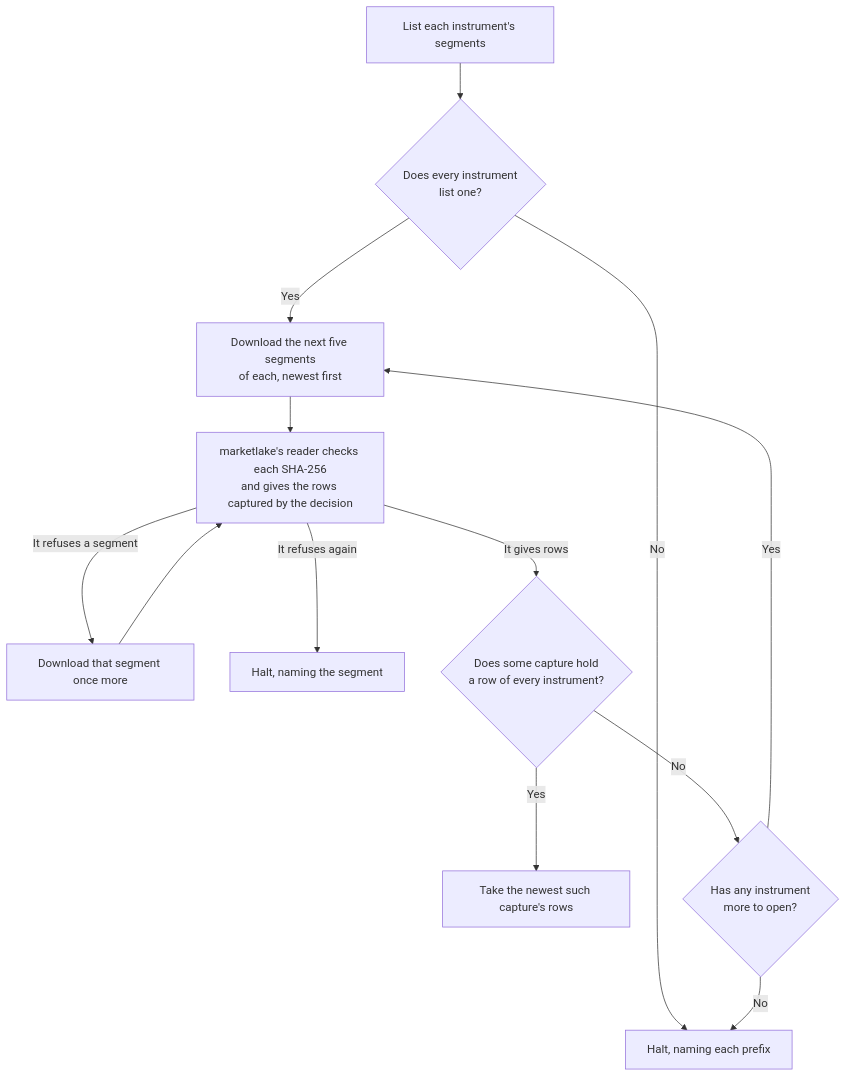
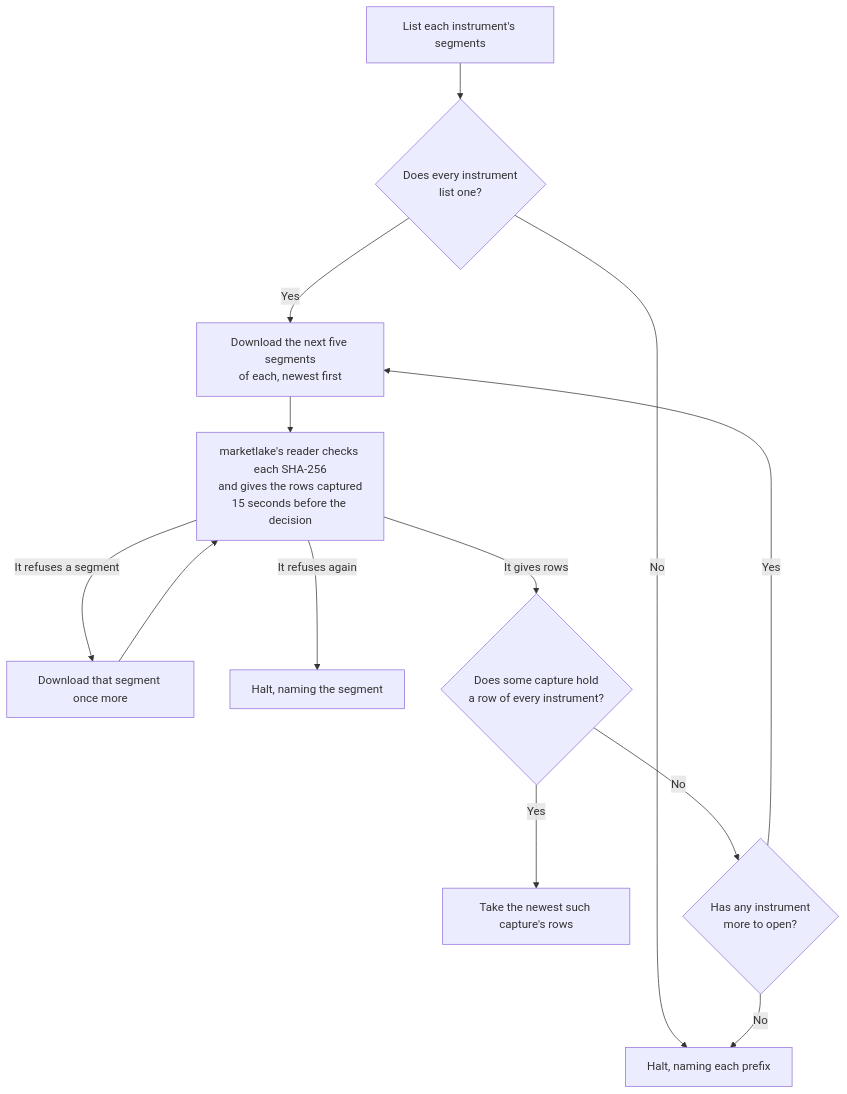
One commit to l3a0/ithildin-runtime changed the fourth of 5 diagrams in docs/architecture/03-context-and-scope.md. Above: the diagram before and after it, drawn with Mermaid. The commit also changed other lines of this file and 31 other files, not shown here.

First line of the commit message:
feat(data): read a decision's quotes from the sealed day

````diff
--- a/docs/architecture/03-context-and-scope.md
+++ b/docs/architecture/03-context-and-scope.md
@@ -232,15 +233,15 @@
 ```mermaid
 flowchart TD
     list["List each instrument's segments"] --> any{"Does every instrument<br/>list one?"}
     any -- "No" --> halt["Halt, naming each prefix"]
     any -- "Yes" --> open["Download the next five segments<br/>of each, newest first"]
-    open --> read["marketlake's reader checks each SHA-256<br/>and gives the rows captured by the decision"]
+    open --> read["marketlake's reader checks each SHA-256<br/>and gives the rows captured<br/>15 seconds before the decision"]
     read -- "It refuses a segment" --> again["Download that segment once more"]
     again --> read
     read -- "It refuses again" --> fault["Halt, naming the segment"]
     read -- "It gives rows" --> same{"Does some capture hold<br/>a row of every instrument?"}
     same -- "Yes" --> quote["Take the newest such capture's rows"]
     same -- "No" --> more{"Has any instrument<br/>more to open?"}
     more -- "Yes" --> open
     more -- "No" --> halt
 ```
````
